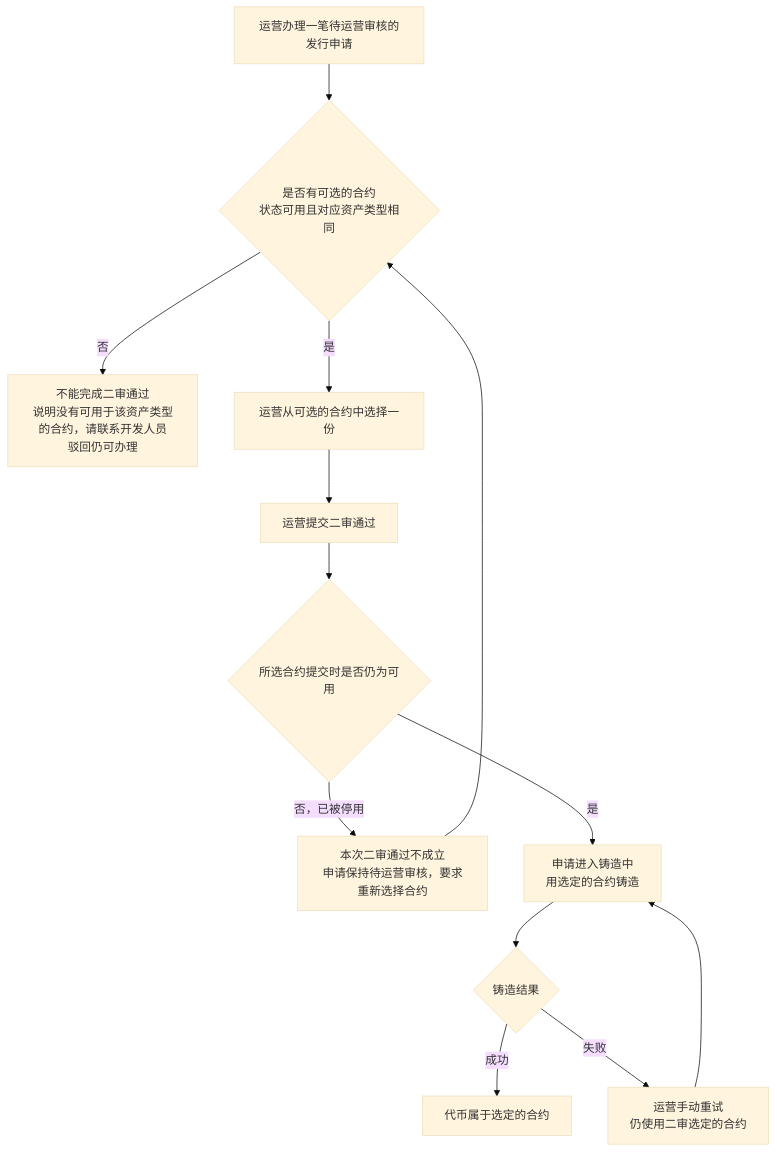
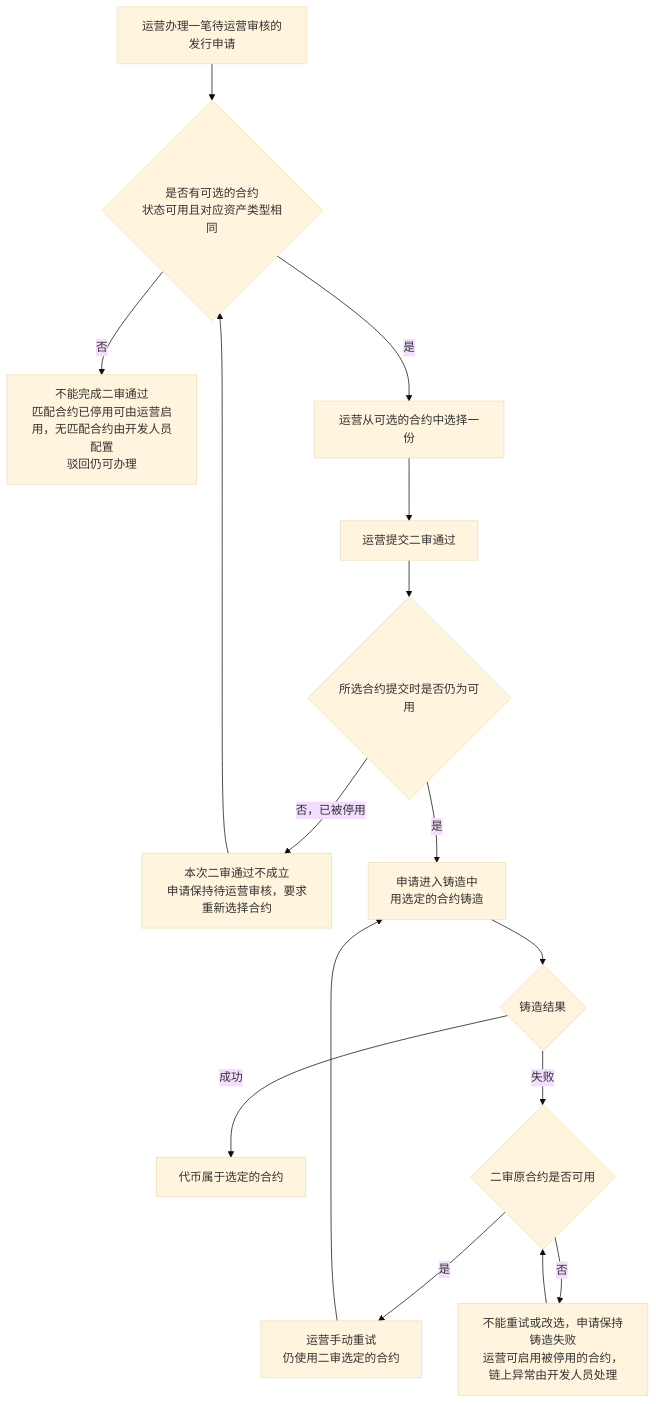
One commit to wxblockchain/Chain-Financing changed the second of 4 diagrams in token-issuance-platform/PRD/v1.0-合约管理-流程图与状态机.md. Above: the diagram before and after it, drawn with Mermaid (base theme). The commit also changed other lines of this file and 7 other files, not shown here.

````diff
--- a/token-issuance-platform/PRD/v1.0-合约管理-流程图与状态机.md
+++ b/token-issuance-platform/PRD/v1.0-合约管理-流程图与状态机.md
@@ -37,15 +38,18 @@
 ```mermaid
 flowchart TD
     A[运营办理一笔待运营审核的发行申请] --> B{是否有可选的合约<br/>状态可用且对应资产类型相同}
-    B -->|否| B1[不能完成二审通过<br/>说明没有可用于该资产类型的合约，请联系开发人员<br/>驳回仍可办理]
+    B -->|否| B1[不能完成二审通过<br/>匹配合约已停用可由运营启用，无匹配合约由开发人员配置<br/>驳回仍可办理]
     B -->|是| C[运营从可选的合约中选择一份]
     C --> D[运营提交二审通过]
     D --> E{所选合约提交时是否仍为可用}
     E -->|否，已被停用| E1[本次二审通过不成立<br/>申请保持待运营审核，要求重新选择合约]
     E1 --> B
     E -->|是| F[申请进入铸造中<br/>用选定的合约铸造]
     F --> G{铸造结果}
     G -->|成功| H[代币属于选定的合约]
-    G -->|失败| I[运营手动重试<br/>仍使用二审选定的合约]
-    I --> F
+    G -->|失败| I{二审原合约是否可用}
+    I -->|是| J[运营手动重试<br/>仍使用二审选定的合约]
+    J --> F
+    I -->|否| K[不能重试或改选，申请保持铸造失败<br/>运营可启用被停用的合约，链上异常由开发人员处理]
+    K --> I
 ```
````
